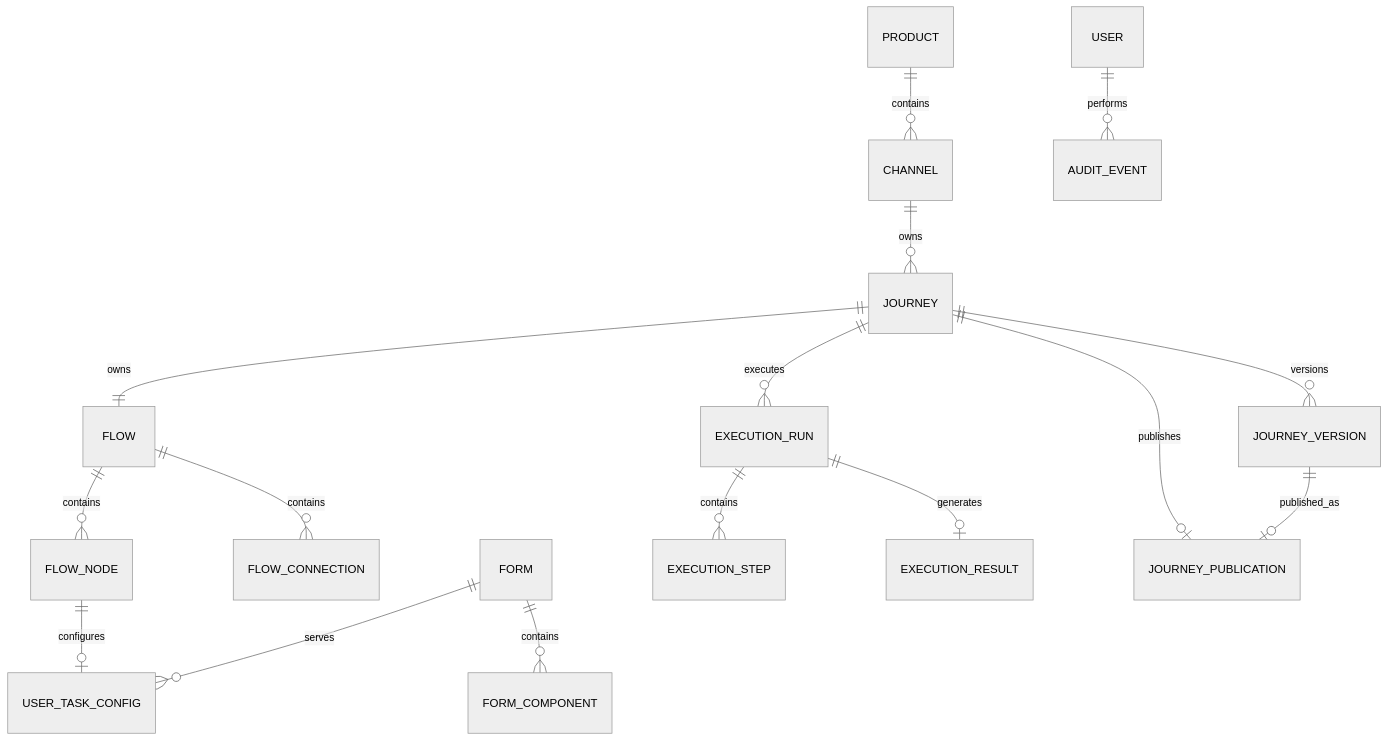
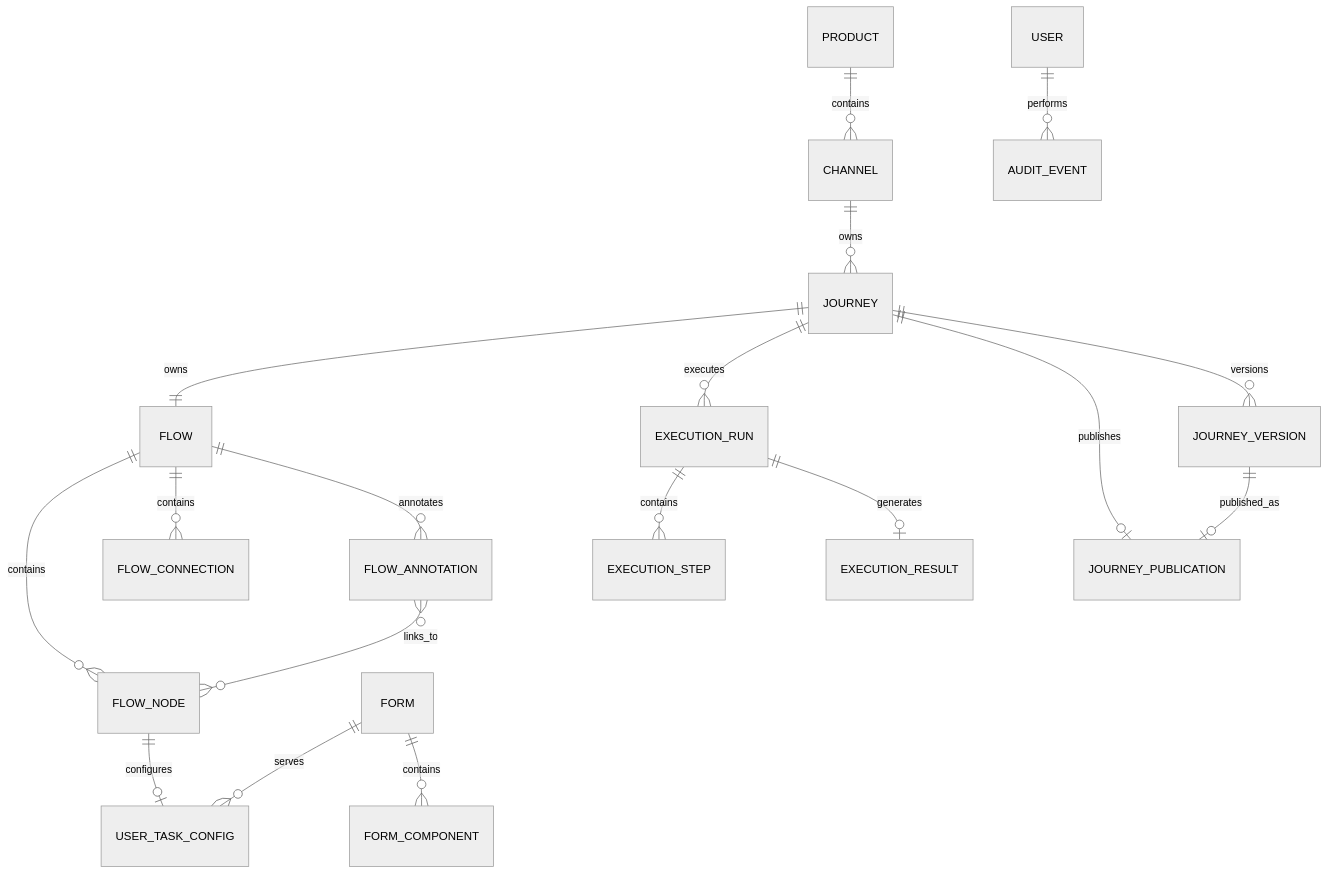
The fourth of 4 diagrams in requisitos/admin/ej-admin-modelo-dados-conceitual.md (hermesnet-git/journey-admin), drawn with Mermaid (neutral theme) before and after one commit. The commit also changed other lines of this file and 50 other files, not shown here.

````diff
--- a/requisitos/admin/ej-admin-modelo-dados-conceitual.md
+++ b/requisitos/admin/ej-admin-modelo-dados-conceitual.md
@@ -350,22 +361,24 @@
 ```mermaid
 erDiagram
     PRODUCT ||--o{ CHANNEL : contains
     CHANNEL ||--o{ JOURNEY : owns
 
     JOURNEY ||--|| FLOW : owns
     FLOW ||--o{ FLOW_NODE : contains
     FLOW ||--o{ FLOW_CONNECTION : contains
+    FLOW ||--o{ FLOW_ANNOTATION : annotates
+    FLOW_ANNOTATION }o--o{ FLOW_NODE : links_to
 
     FLOW_NODE ||--o| USER_TASK_CONFIG : configures
     FORM ||--o{ USER_TASK_CONFIG : serves
     FORM ||--o{ FORM_COMPONENT : contains
 
     JOURNEY ||--o{ EXECUTION_RUN : executes
     EXECUTION_RUN ||--o{ EXECUTION_STEP : contains
     EXECUTION_RUN ||--o| EXECUTION_RESULT : generates
 
     JOURNEY ||--o| JOURNEY_PUBLICATION : publishes
     JOURNEY ||--o{ JOURNEY_VERSION : versions
     JOURNEY_VERSION ||--o| JOURNEY_PUBLICATION : published_as
     USER ||--o{ AUDIT_EVENT : performs
 ```
````
